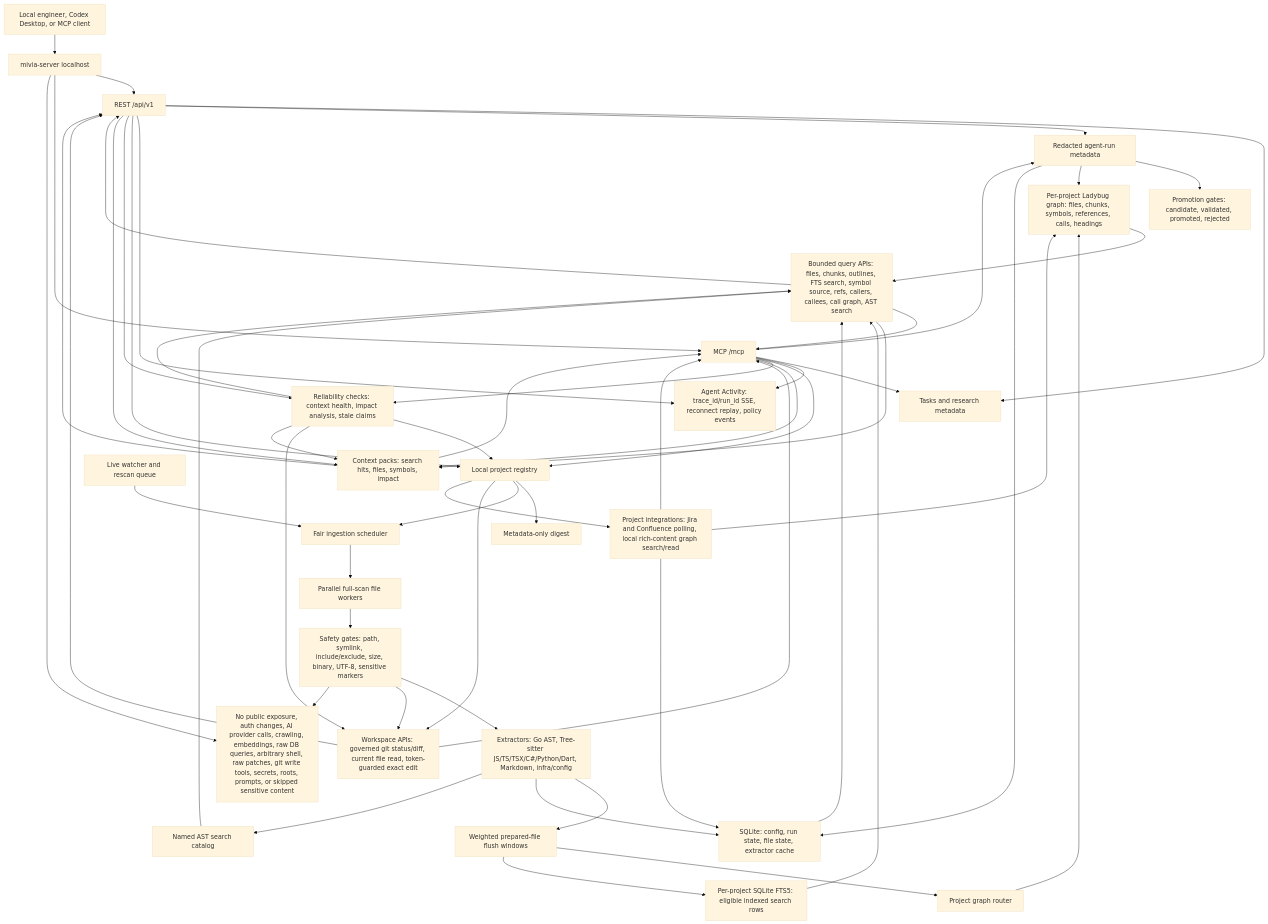
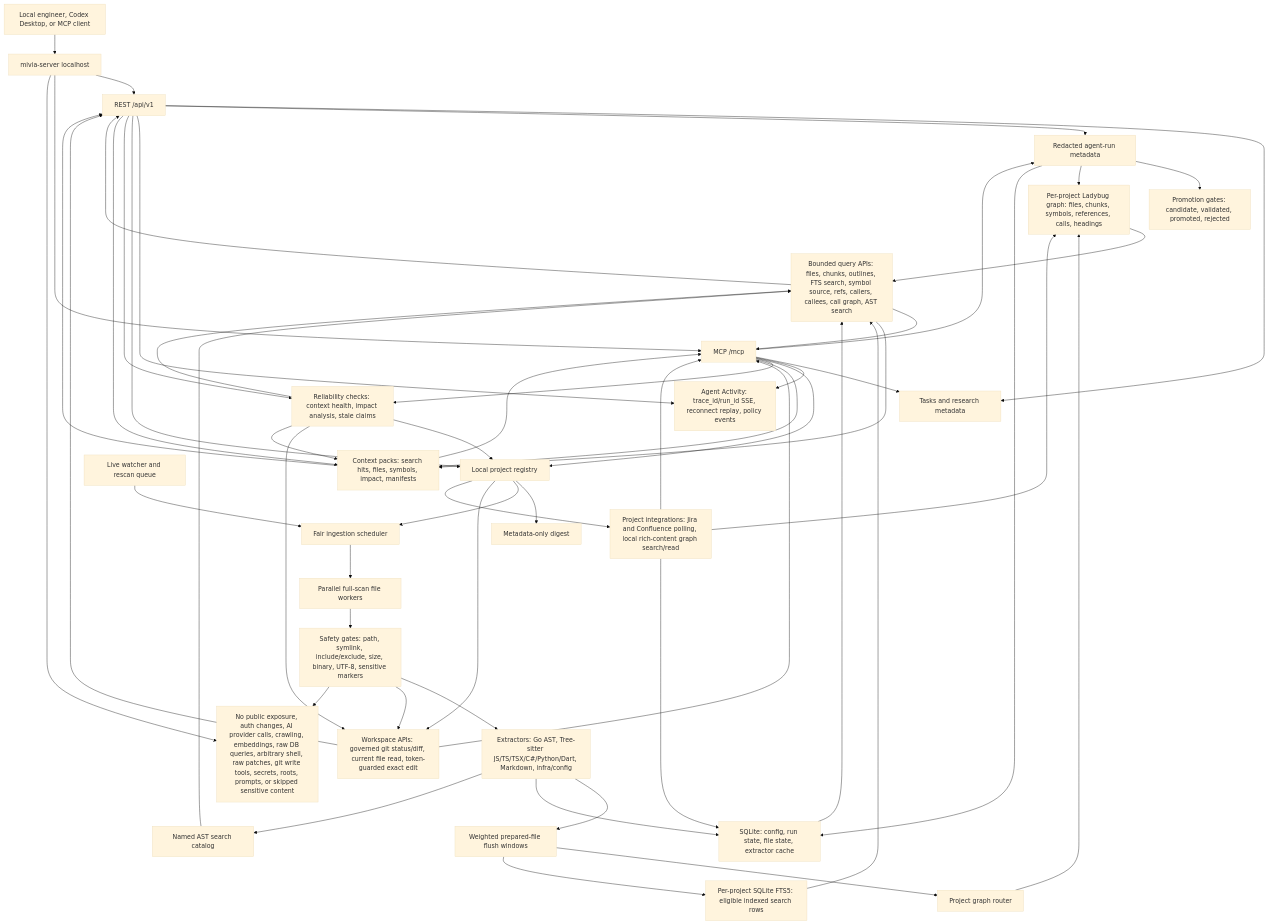
The first of 4 diagrams in README.md (MiviaLabs/go-mivia), drawn with Mermaid (base theme) before and after one commit. The commit also changed other lines of this file and 10 other files, not shown here.

Commit message:
feat(projectcontext): add context pack manifests

```diff
--- a/README.md
+++ b/README.md
@@ -31,7 +31,7 @@
   Activity["Agent Activity: trace_id/run_id SSE, reconnect replay, policy events"]
   Registry["Local project registry"]
   Reliability["Reliability checks: context health, impact analysis, stale claims"]
-  ContextPack["Context packs: search hits, files, symbols, impact"]
+  ContextPack["Context packs: search hits, files, symbols, impact, manifests"]
   Promotion["Promotion gates: candidate, validated, promoted, rejected"]
   Digest["Metadata-only digest"]
   Scheduler["Fair ingestion scheduler"]
```
